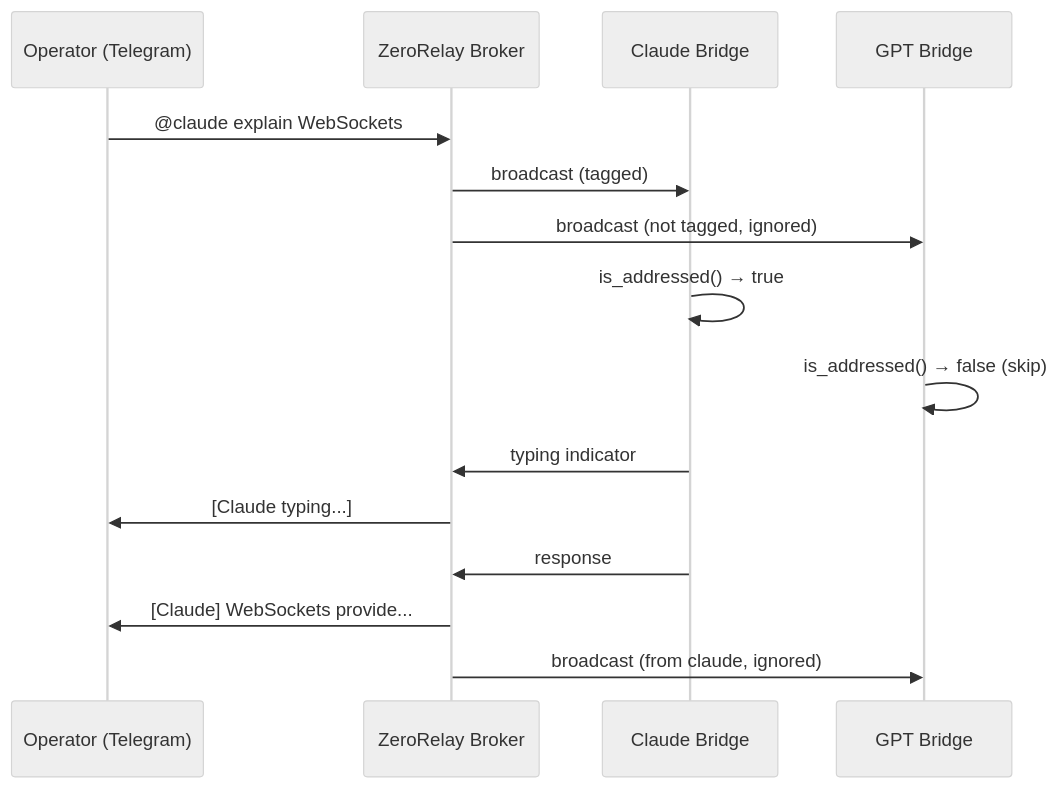
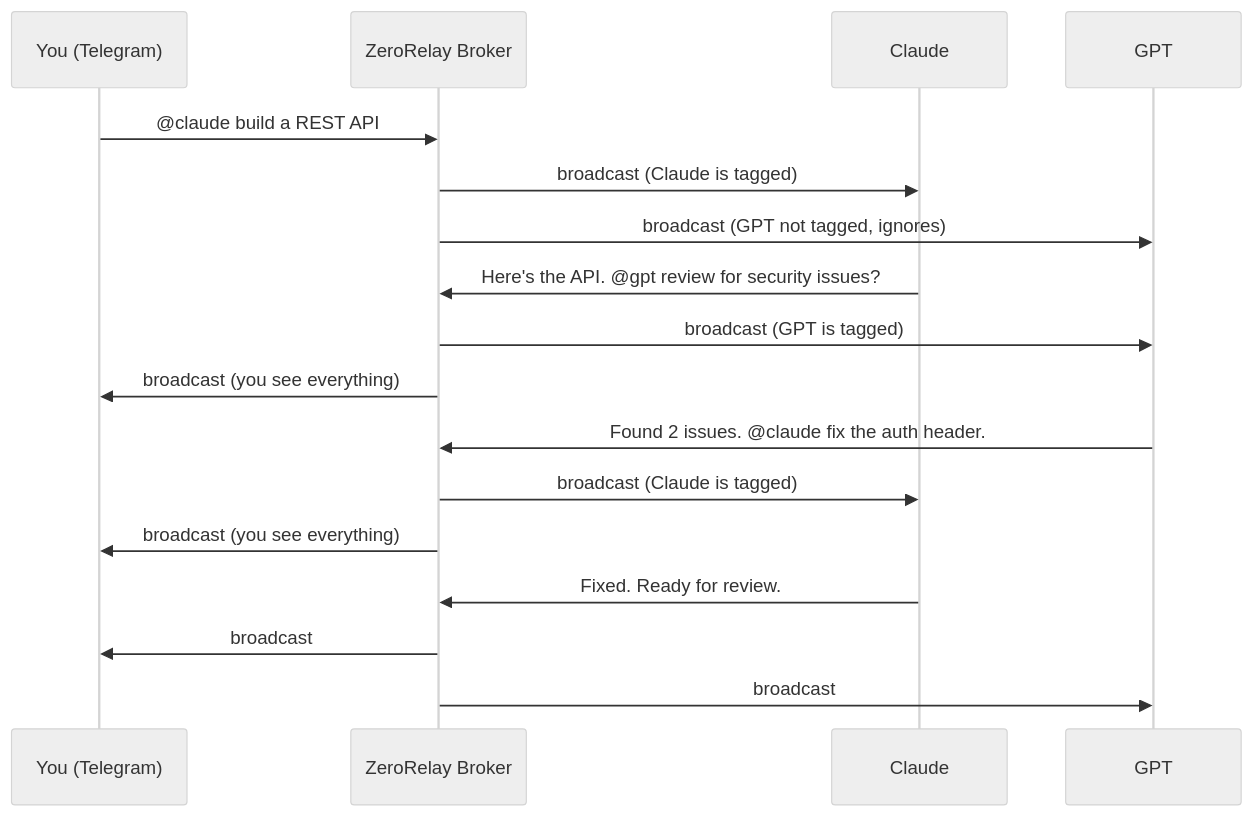
Before and after one commit to zeroshotstudio/ZeroRelay: the third of 5 diagrams in README.md, drawn with Mermaid (neutral theme). The commit also changed other lines of this file and 1 other file, not shown here.

````diff
--- a/README.md
+++ b/README.md
@@ -190,18 +217,20 @@
 ```mermaid
 sequenceDiagram
-    participant Op as Operator (Telegram)
+    participant Op as You (Telegram)
     participant R as ZeroRelay Broker
-    participant C as Claude Bridge
-    participant G as GPT Bridge
+    participant C as Claude
+    participant G as GPT
 
-    Op->>R: @claude explain WebSockets
-    R->>C: broadcast (tagged)
-    R->>G: broadcast (not tagged, ignored)
-    C->>C: is_addressed() → true
-    G->>G: is_addressed() → false (skip)
-    C->>R: typing indicator
-    R->>Op: [Claude typing...]
-    C->>R: response
-    R->>Op: [Claude] WebSockets provide...
-    R->>G: broadcast (from claude, ignored)
+    Op->>R: @claude build a REST API
+    R->>C: broadcast (Claude is tagged)
+    R->>G: broadcast (GPT not tagged, ignores)
+    C->>R: Here's the API. @gpt review for security issues?
+    R->>G: broadcast (GPT is tagged)
+    R->>Op: broadcast (you see everything)
+    G->>R: Found 2 issues. @claude fix the auth header.
+    R->>C: broadcast (Claude is tagged)
+    R->>Op: broadcast (you see everything)
+    C->>R: Fixed. Ready for review.
+    R->>Op: broadcast
+    R->>G: broadcast
 ```
````
